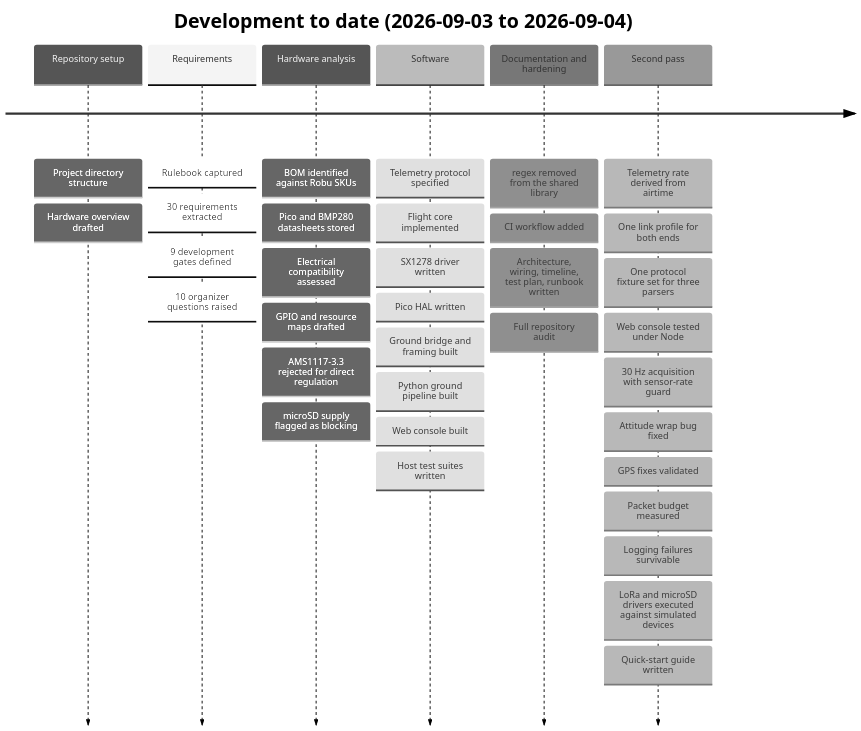
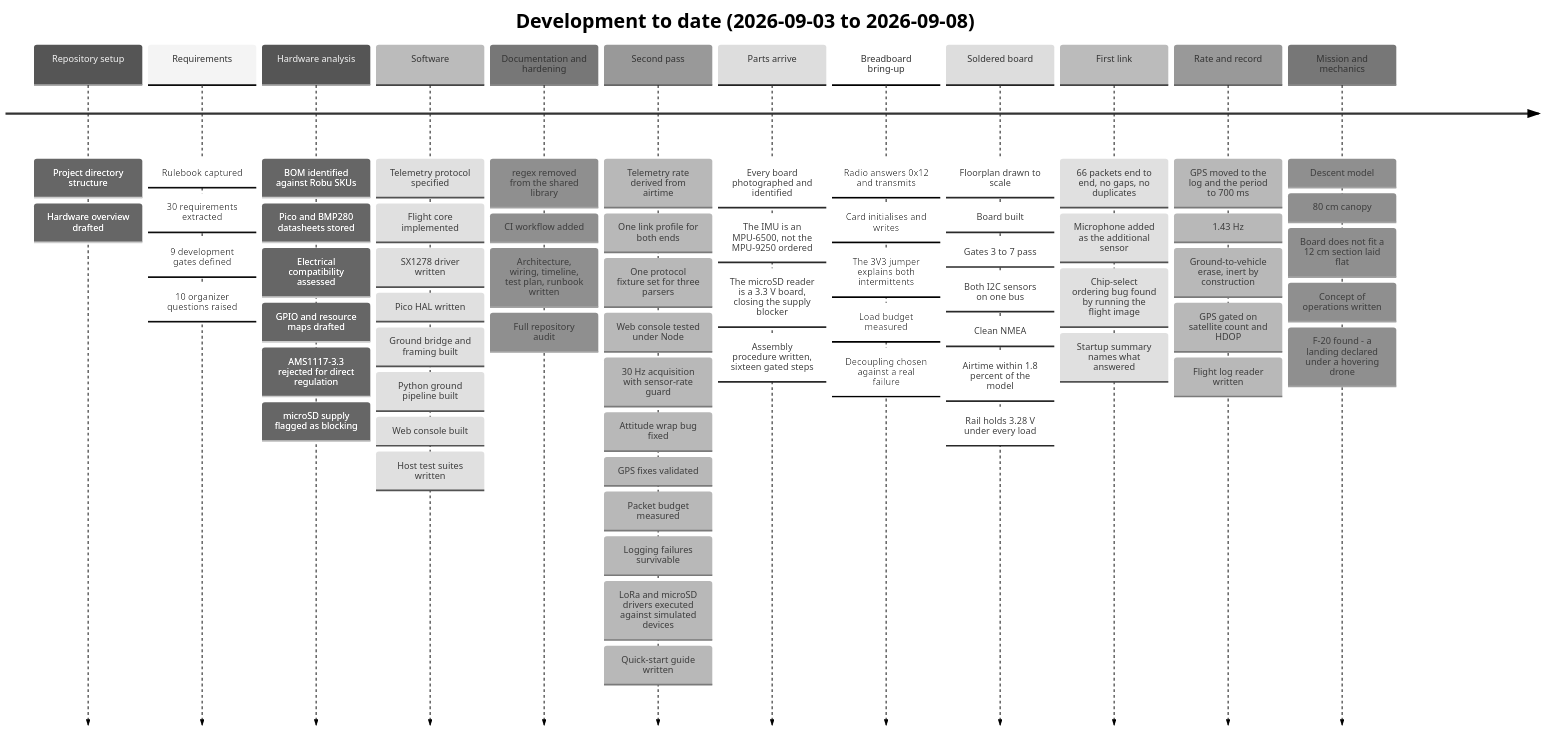
One commit to KunjSorathiya/CanSat-2026 changed the first of 4 diagrams in documentation/project/timeline.md. Above: the diagram before and after it, drawn with Mermaid (neutral theme). The commit also changed other lines of this file and 56 other files, not shown here.

First line of the commit message:
fix(flight): a landing needs a descent, and 1 Hz is now unreachable

````diff
--- a/documentation/project/timeline.md
+++ b/documentation/project/timeline.md
@@ -51,10 +56,16 @@
 ```mermaid
 timeline
-    title Development to date (2026-09-03 to 2026-09-04)
+    title Development to date (2026-09-03 to 2026-09-08)
     Repository setup : Project directory structure : Hardware overview drafted
     Requirements : Rulebook captured : 30 requirements extracted : 9 development gates defined : 10 organizer questions raised
     Hardware analysis : BOM identified against Robu SKUs : Pico and BMP280 datasheets stored : Electrical compatibility assessed : GPIO and resource maps drafted : AMS1117-3.3 rejected for direct regulation : microSD supply flagged as blocking
     Software : Telemetry protocol specified : Flight core implemented : SX1278 driver written : Pico HAL written : Ground bridge and framing built : Python ground pipeline built : Web console built : Host test suites written
     Documentation and hardening : regex removed from the shared library : CI workflow added : Architecture, wiring, timeline, test plan, runbook written : Full repository audit
     Second pass : Telemetry rate derived from airtime : One link profile for both ends : One protocol fixture set for three parsers : Web console tested under Node : 30 Hz acquisition with sensor-rate guard : Attitude wrap bug fixed : GPS fixes validated : Packet budget measured : Logging failures survivable : LoRa and microSD drivers executed against simulated devices : Quick-start guide written
+    Parts arrive : Every board photographed and identified : The IMU is an MPU-6500, not the MPU-9250 ordered : The microSD reader is a 3.3 V board, closing the supply blocker : Assembly procedure written, sixteen gated steps
+    Breadboard bring-up : Radio answers 0x12 and transmits : Card initialises and writes : The 3V3 jumper explains both intermittents : Load budget measured : Decoupling chosen against a real failure
+    Soldered board : Floorplan drawn to scale : Board built : Gates 3 to 7 pass : Both I2C sensors on one bus : Clean NMEA : Airtime within 1.8 percent of the model : Rail holds 3.28 V under every load
+    First link : 66 packets end to end, no gaps, no duplicates : Microphone added as the additional sensor : Chip-select ordering bug found by running the flight image : Startup summary names what answered
+    Rate and record : GPS moved to the log and the period to 700 ms : 1.43 Hz : Ground-to-vehicle erase, inert by construction : GPS gated on satellite count and HDOP : Flight log reader written
+    Mission and mechanics : Descent model : 80 cm canopy : Board does not fit a 12 cm section laid flat : Concept of operations written : F-20 found - a landing declared under a hovering drone
 ```
````
